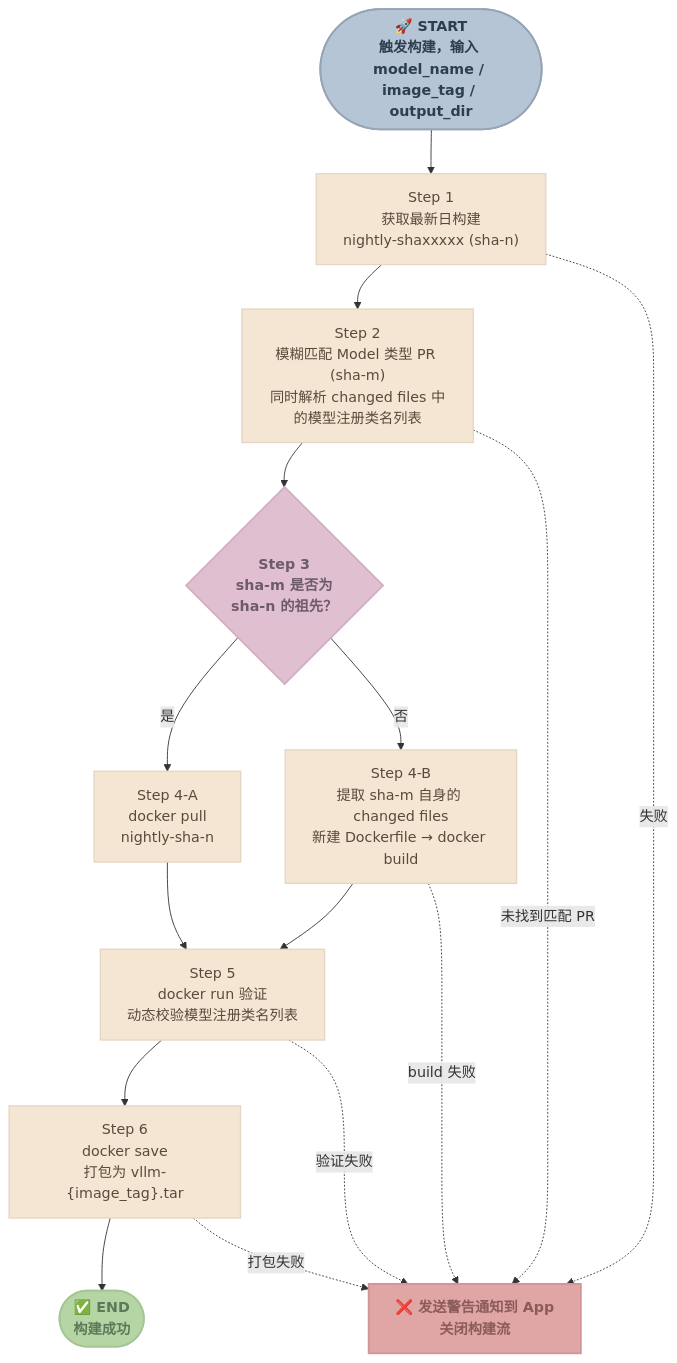
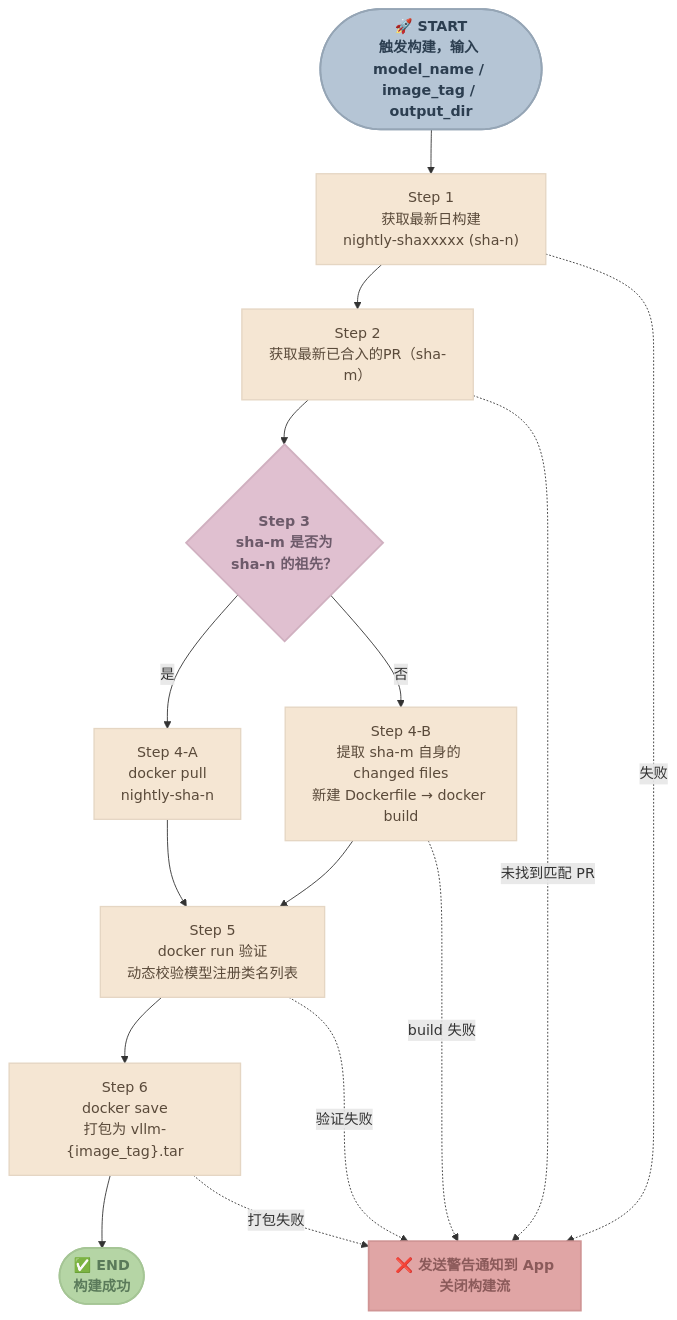
One commit to willingcd/autoimage changed the diagram in flow.md. Above: the diagram before and after it, drawn with Mermaid.

Commit message:
5 commit

````diff
--- a/flow.md
+++ b/flow.md
@@ -1,51 +1,51 @@
 ```mermaid
 flowchart TB
     START(["🚀 START<br/>触发构建，输入 model_name / image_tag / output_dir"])
 
     S1["Step 1<br/>获取最新日构建<br/>nightly-shaxxxxx (sha-n)"]
 
-    S2["Step 2<br/>模糊匹配 Model 类型 PR (sha-m)<br/>同时解析 changed files 中的模型注册类名列表"]
+    S2["Step 2<br/>获取最新已合入的PR（sha-m）"]
 
     S3{"Step 3<br/>sha-m 是否为<br/>sha-n 的祖先？"}
 
     S4A["Step 4-A<br/>docker pull<br/>nightly-sha-n"]
 
     S4B["Step 4-B<br/>提取 sha-m 自身的 changed files<br/>新建 Dockerfile → docker build"]
 
     S5["Step 5<br/>docker run 验证<br/>动态校验模型注册类名列表"]
 
     S6["Step 6<br/>docker save<br/>打包为 vllm-{image_tag}.tar"]
 
     END_OK(["✅ END<br/>构建成功"])
 
     ERR["❌ 发送警告通知到 App<br/>关闭构建流"]
 
     START --> S1
     S1 --> S2
     S2 --> S3
     S3 -->|是| S4A
     S3 -->|否| S4B
     S4A --> S5
     S4B --> S5
     S5 --> S6
     S6 --> END_OK
 
     S1 -.->|失败| ERR
     S2 -.->|未找到匹配 PR| ERR
     S4B -.->|build 失败| ERR
     S5 -.->|验证失败| ERR
     S6 -.->|打包失败| ERR
 
     %% 样式定义 - 莫兰迪色系（低饱和度）
     classDef startEnd fill:#B5C5D5,stroke:#95A5B5,stroke-width:2px,color:#2c3e50,font-weight:bold
     classDef process fill:#F5E6D3,stroke:#E5D6C3,stroke-width:1.5px,color:#5a4a3a
     classDef decision fill:#E0C0D0,stroke:#D0B0C0,stroke-width:2px,color:#6d5a6a,font-weight:bold
     classDef error fill:#E0A5A5,stroke:#D09595,stroke-width:2px,color:#8b5a5a,font-weight:bold
     classDef success fill:#B5D5A5,stroke:#A5C595,stroke-width:2px,color:#5a7a5a,font-weight:bold
 
     class START startEnd
     class S1,S2,S4A,S4B,S5,S6 process
     class S3 decision
     class ERR error
     class END_OK success
 ```
````
